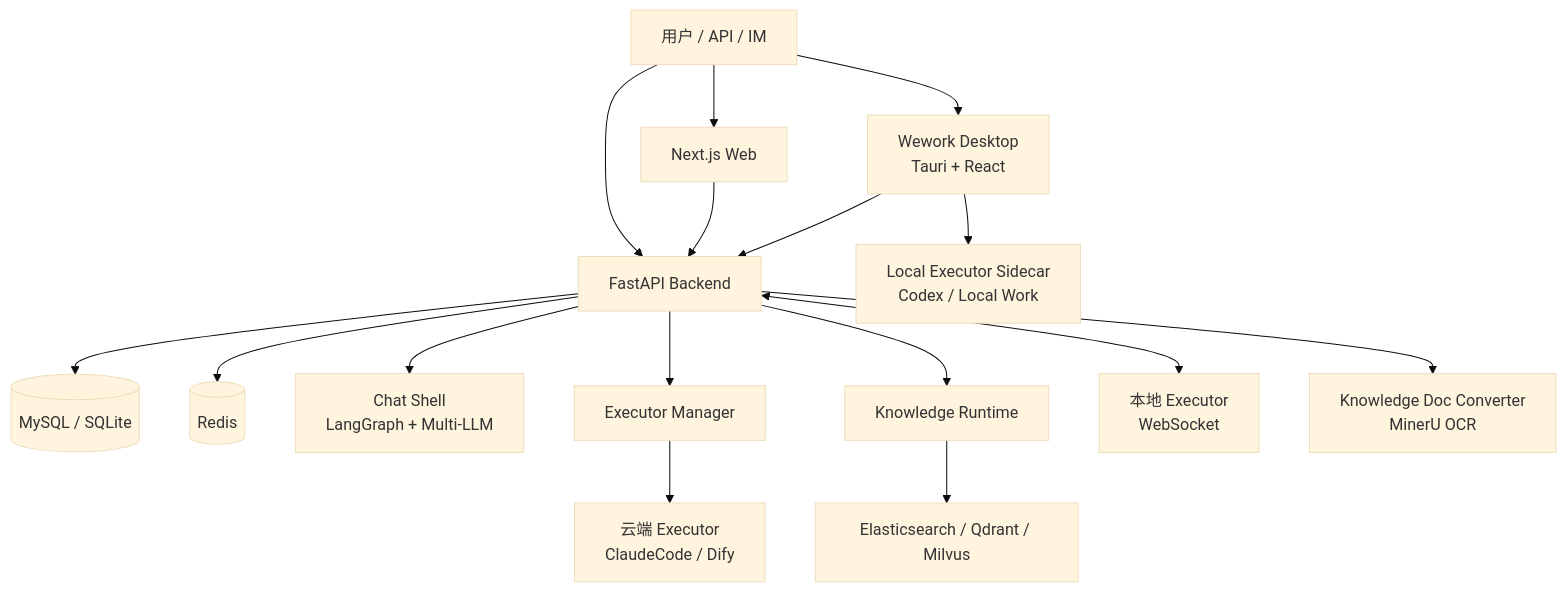
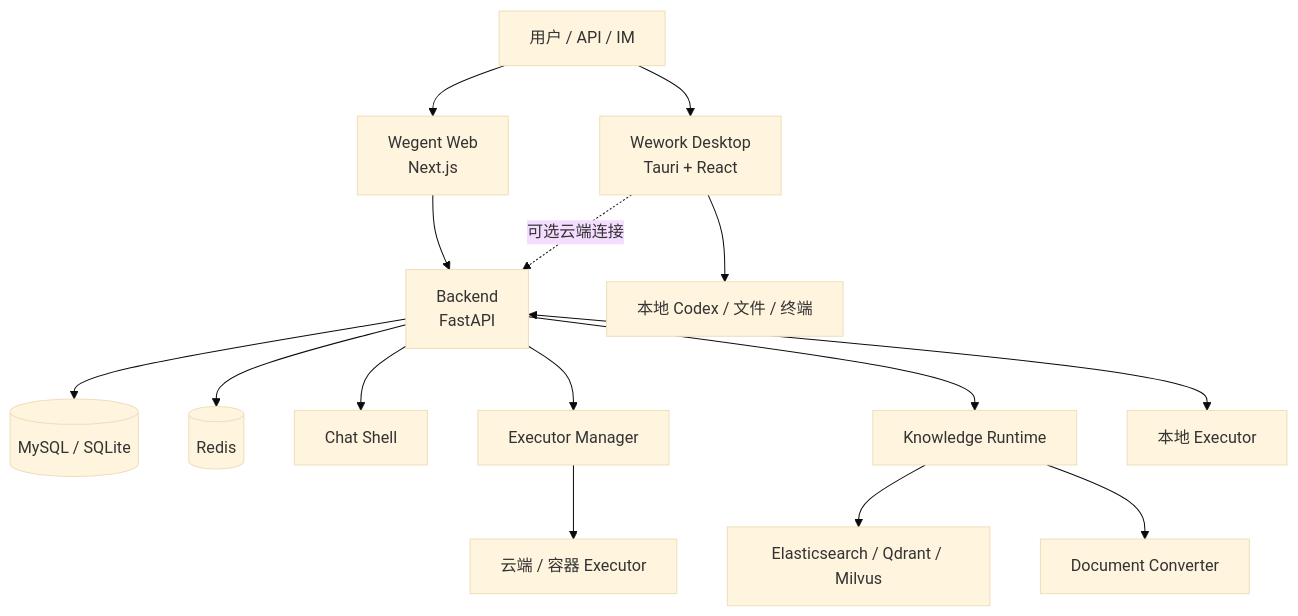
Before and after one commit to wecode-ai/Wegent: the diagram in README_zh.md, drawn with Mermaid (base theme). The commit also changed other lines of this file and 1 other file, not shown here.

````diff
--- a/README_zh.md
+++ b/README_zh.md
@@ -209,20 +123,19 @@
 ```mermaid
 graph TB
-    User["用户 / API / IM"] --> Frontend["Next.js Web"]
+    User["用户 / API / IM"] --> Frontend["Wegent Web<br/>Next.js"]
     User --> Wework["Wework Desktop<br/>Tauri + React"]
-    User --> Backend["FastAPI Backend"]
-    Frontend --> Backend
-    Wework --> Backend
-    Wework --> WeworkExecutor["Local Executor Sidecar<br/>Codex / Local Work"]
+    Frontend --> Backend["Backend<br/>FastAPI"]
+    Wework -. "可选云端连接" .-> Backend
+    Wework --> LocalWork["本地 Codex / 文件 / 终端"]
 
-    Backend --> MySQL[("MySQL / SQLite")]
+    Backend --> Database[("MySQL / SQLite")]
     Backend --> Redis[("Redis")]
-    Backend --> ChatShell["Chat Shell<br/>LangGraph + Multi-LLM"]
+    Backend --> ChatShell["Chat Shell"]
     Backend --> ExecutorManager["Executor Manager"]
     Backend --> KnowledgeRuntime["Knowledge Runtime"]
 
-    ExecutorManager --> CloudExecutor["云端 Executor<br/>ClaudeCode / Dify"]
-    Backend <--> LocalExecutor["本地 Executor<br/>WebSocket"]
+    ExecutorManager --> CloudExecutor["云端 / 容器 Executor"]
+    Backend <--> LocalExecutor["本地 Executor"]
     KnowledgeRuntime --> VectorStore["Elasticsearch / Qdrant / Milvus"]
-    Backend --> DocConverter["Knowledge Doc Converter<br/>MinerU OCR"]
+    KnowledgeRuntime --> DocConverter["Document Converter"]
 ```
````
